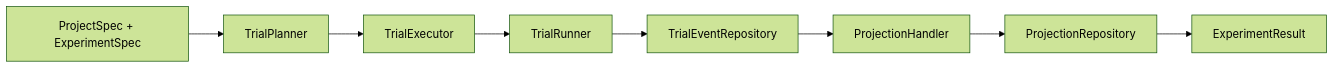
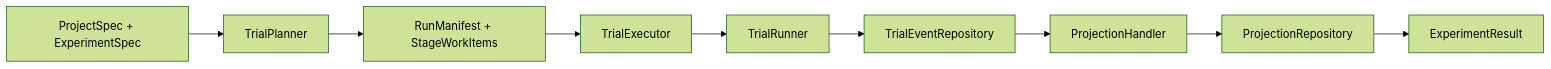
Before and after one commit to Pittawat2542/themis: the diagram in docs/concepts/architecture.md, drawn with Mermaid (forest theme). The commit also changed other lines of this file and 173 other files, not shown here.

````diff
--- a/docs/concepts/architecture.md
+++ b/docs/concepts/architecture.md
@@ -20,10 +21,11 @@
 ```mermaid
 flowchart LR
     A["ProjectSpec + ExperimentSpec"] --> B["TrialPlanner"]
-    B --> C["TrialExecutor"]
-    C --> D["TrialRunner"]
-    D --> E["TrialEventRepository"]
-    E --> F["ProjectionHandler"]
-    F --> G["ProjectionRepository"]
-    G --> H["ExperimentResult"]
+    B --> C["RunManifest + StageWorkItems"]
+    C --> D["TrialExecutor"]
+    D --> E["TrialRunner"]
+    E --> F["TrialEventRepository"]
+    F --> G["ProjectionHandler"]
+    G --> H["ProjectionRepository"]
+    H --> I["ExperimentResult"]
 ```
````
